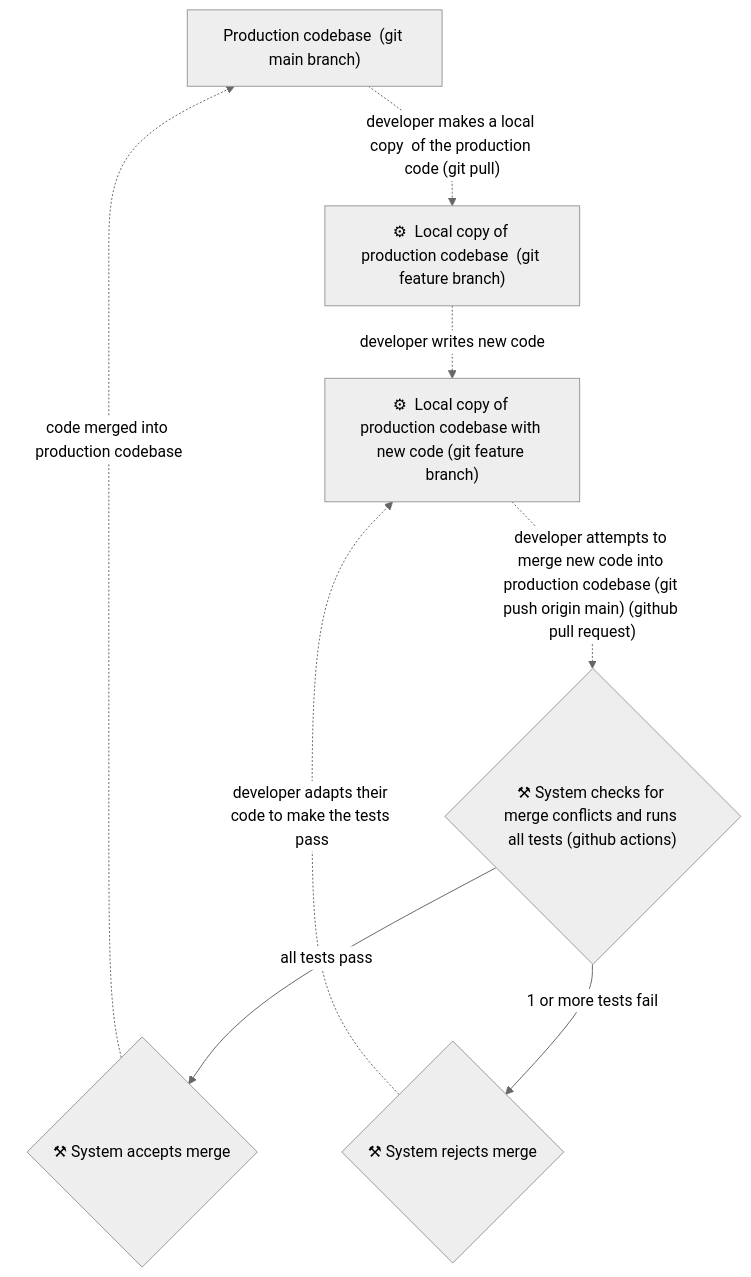
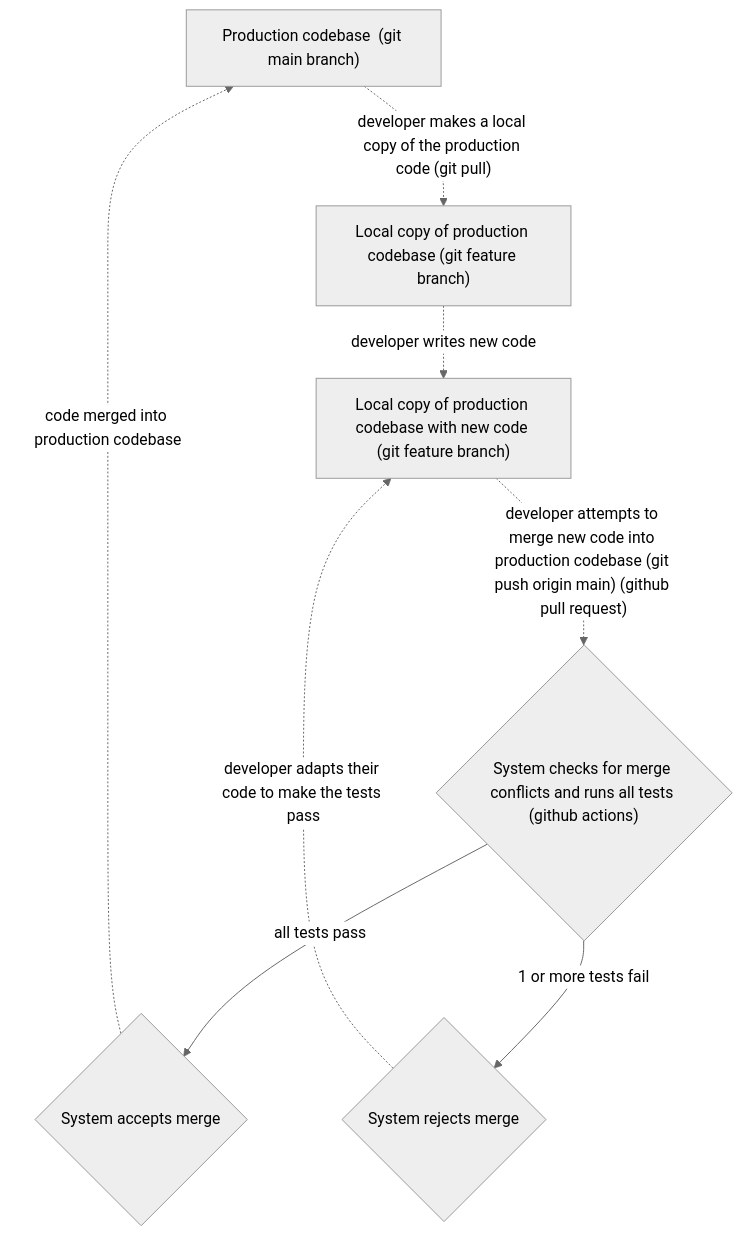
Before and after one commit to shanebarakat/python-github-ci-pipeline: the second of 2 diagrams in README.md, drawn with Mermaid (neutral theme).

Commit message:
test(README.md): trying to find source of mermaidJS error

````diff
--- a/README.md
+++ b/README.md
@@ -27,10 +27,10 @@
 ```mermaid
 flowchart TD;
-    A["Production codebase  (git main branch)"] -. "developer makes a local copy  of the production code (git pull)" .-> B["⚙  Local copy of production codebase  (git feature branch)"]
-    B -. "developer writes new code" .-> C["⚙  Local copy of production codebase with new code (git feature branch)"]
-    C -. "developer attempts to merge new code into production codebase (git push origin main) (github pull request)" .-> D{"⚒ System checks for merge conflicts and runs all tests (github actions)"}
-    D -- "all tests pass" --> E{⚒ System accepts  merge}
-    E -. "code merged into production codebase " .-> A
-    D -- "1 or more tests fail" --> F{⚒ System rejects  merge}
+    A["Production codebase  (git main branch)"] -. "developer makes a local copy of the production code (git pull)" .-> B["Local copy of production codebase (git feature branch)"]
+    B -. "developer writes new code" .-> C["Local copy of production codebase with new code (git feature branch)"]
+    C -. "developer attempts to merge new code into production codebase (git push origin main) (github pull request)" .-> D{"System checks for merge conflicts and runs all tests (github actions)"}
+    D -- "all tests pass" --> E{System accepts merge}
+    E -. "code merged into production codebase" .-> A
+    D -- "1 or more tests fail" --> F{System rejects  merge}
     F -. "developer adapts their code to make the tests pass" .-> C
 ```
````
